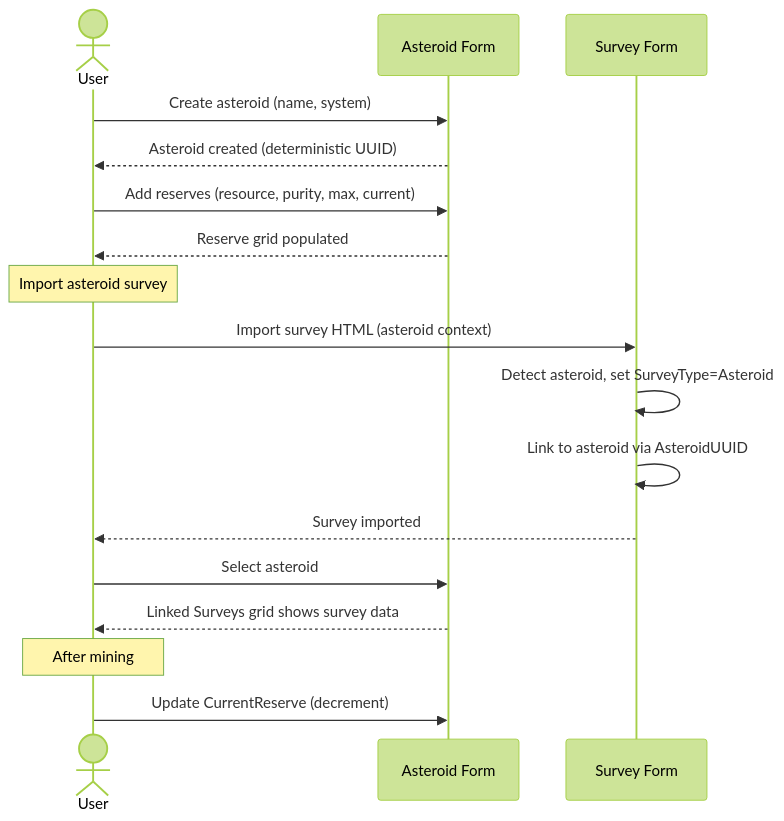
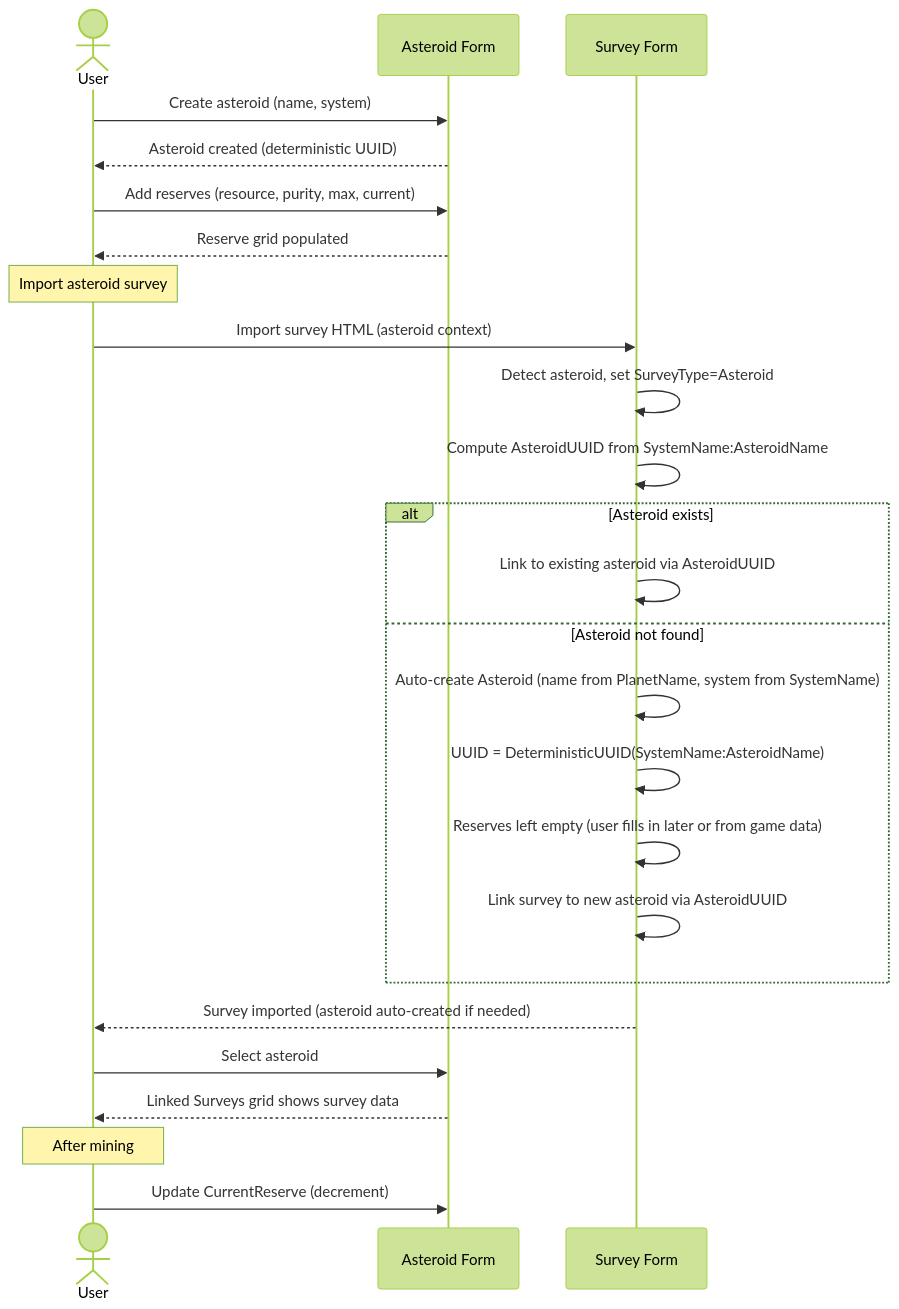
Diagram 14 of 18 in .kiro/specs/empire-systems/design.md (scalorn/OuterEmpires2EmpireTracker), drawn with Mermaid (forest theme) before and after one commit. The commit also changed other lines of this file, not shown here.

Commit message:
Auto-create asteroid on asteroid survey import when not found
Flow 12 updated: when importing an asteroid survey, if no Asteroid entity
exists with the computed deterministic UUID (SystemName:AsteroidName), one
is auto-created using the survey's PlanetName and SystemName fields.
Reserves are left empty for the user to populate later.

Changes:
- Flow 12 sequence diagram: added alt/else branch for asteroid lookup —
  existing asteroid links directly, missing asteroid triggers auto-creation
  with deterministic UUID, then links
- Asteroid Surveys design decisions: added auto-creation rule documenting
  that manual asteroid creation is not required before importing a survey

Prompt: In flow 12 - If we are importing an asteroid survey and we don't find the asteroid we should automatically create it with the information we have.

````diff
--- a/.kiro/specs/empire-systems/design.md
+++ b/.kiro/specs/empire-systems/design.md
@@ -397,24 +397,32 @@
 ```mermaid
 sequenceDiagram
     actor User
     participant AF as Asteroid Form
     participant SF as Survey Form
 
     User->>AF: Create asteroid (name, system)
     AF-->>User: Asteroid created (deterministic UUID)
 
     User->>AF: Add reserves (resource, purity, max, current)
     AF-->>User: Reserve grid populated
 
     Note over User: Import asteroid survey
     User->>SF: Import survey HTML (asteroid context)
     SF->>SF: Detect asteroid, set SurveyType=Asteroid
-    SF->>SF: Link to asteroid via AsteroidUUID
-    SF-->>User: Survey imported
+    SF->>SF: Compute AsteroidUUID from SystemName:AsteroidName
+    alt Asteroid exists
+        SF->>SF: Link to existing asteroid via AsteroidUUID
+    else Asteroid not found
+        SF->>SF: Auto-create Asteroid (name from PlanetName, system from SystemName)
+        SF->>SF: UUID = DeterministicUUID(SystemName:AsteroidName)
+        SF->>SF: Reserves left empty (user fills in later or from game data)
+        SF->>SF: Link survey to new asteroid via AsteroidUUID
+    end
+    SF-->>User: Survey imported (asteroid auto-created if needed)
 
     User->>AF: Select asteroid
     AF-->>User: Linked Surveys grid shows survey data
 
     Note over User: After mining
     User->>AF: Update CurrentReserve (decrement)
 ```
````
